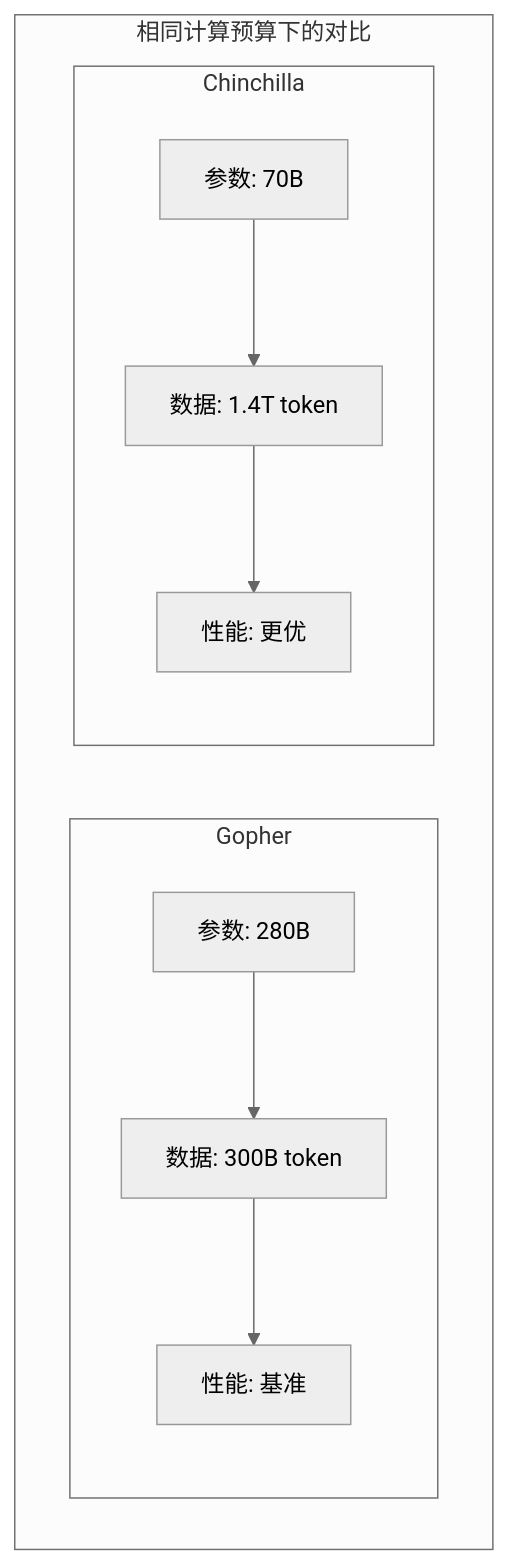
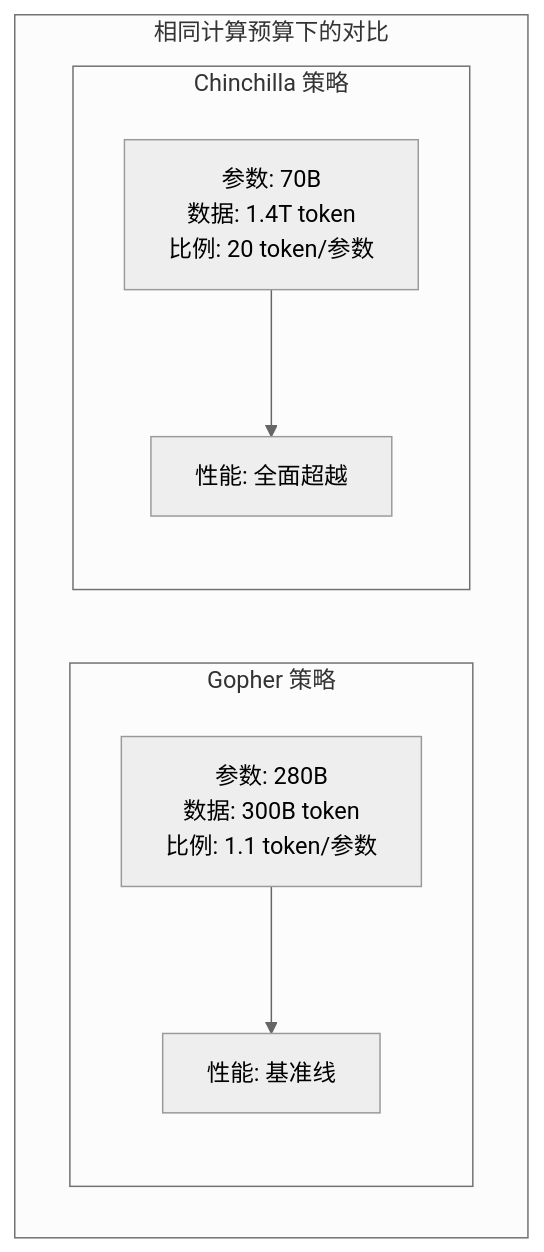
Before and after one commit to fenixsoft/dmla: the second of 3 diagrams in docs/language-models/pretraining/scaling-laws.md, drawn with Mermaid (neutral theme). The commit also changed other lines of this file and 10 other files, not shown here.

````diff
--- a/docs/language-models/pretraining/scaling-laws.md
+++ b/docs/language-models/pretraining/scaling-laws.md
@@ -313,13 +232,11 @@
 ```mermaid
 graph TB
     subgraph 相同计算预算下的对比
-        subgraph Gopher
-            G1["参数: 280B"] --> G2["数据: 300B token"]
-            G2 --> G3["性能: 基准"]
+        subgraph Gopher 策略
+            G1["参数: 280B<br/>数据: 300B token<br/>比例: 1.1 token/参数"] --> G2["性能: 基准线"]
         end
-        subgraph Chinchilla
-            C1["参数: 70B"] --> C2["数据: 1.4T token"]
-            C2 --> C3["性能: 更优"]
+        subgraph Chinchilla 策略
+            C1["参数: 70B<br/>数据: 1.4T token<br/>比例: 20 token/参数"] --> C2["性能: 全面超越"]
         end
     end
 ```
````
